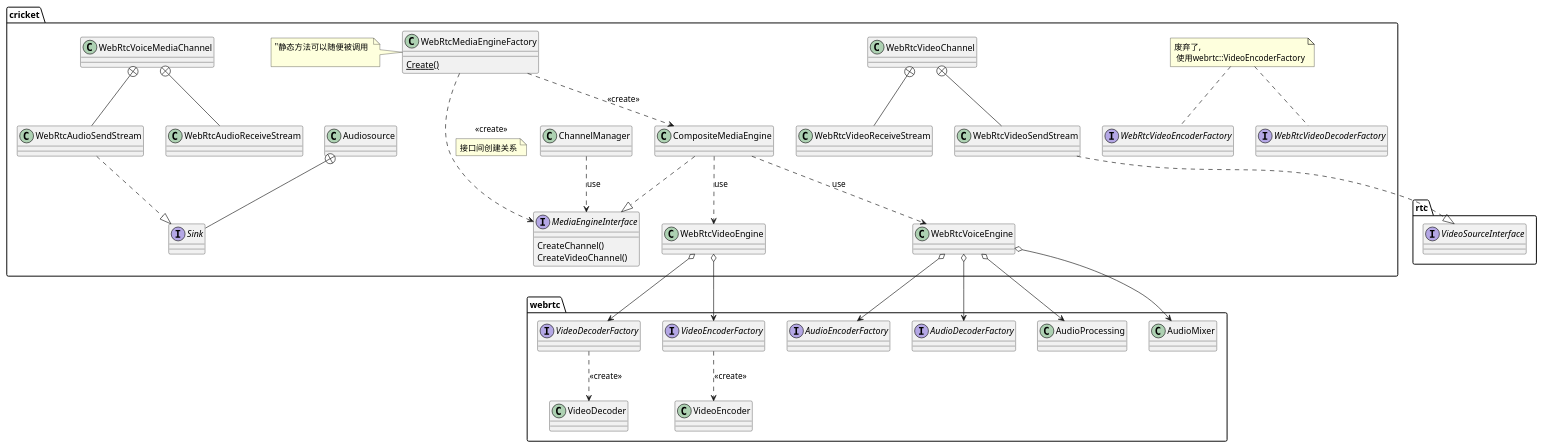
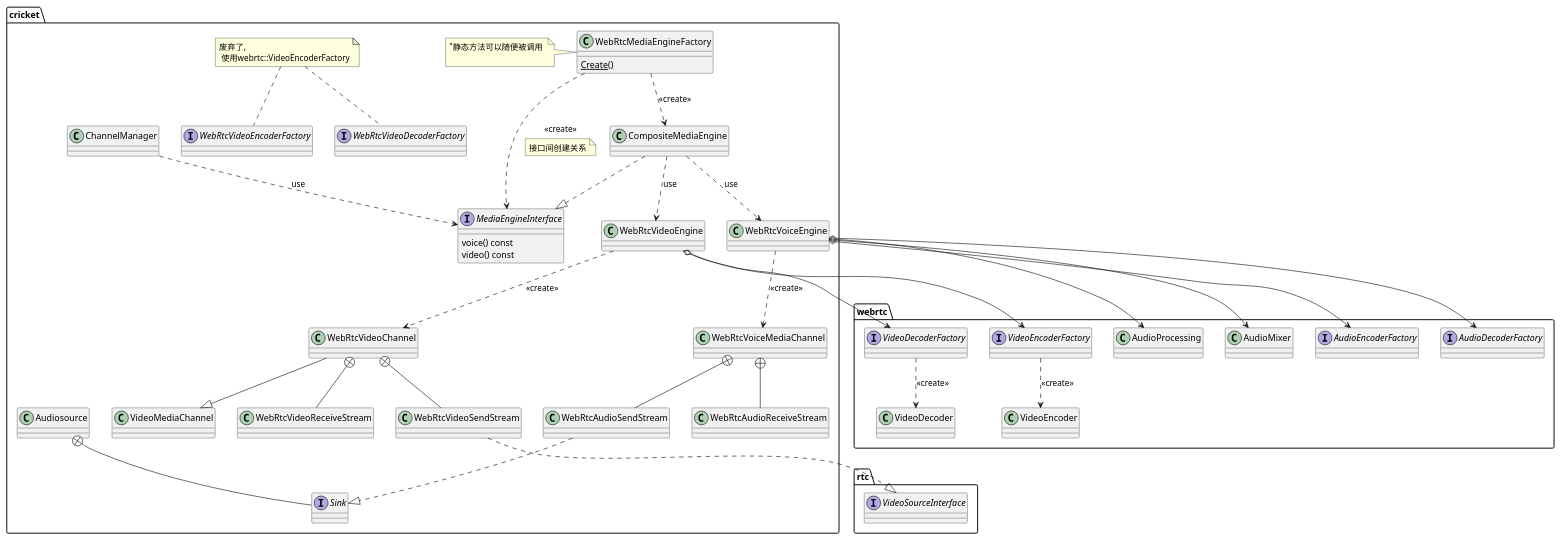
One commit to mingxin505/webrtcNote changed the first of 3 diagrams in webrtc_chrome/mediaEngine.md. Above: the diagram before and after it, drawn with PlantUML. The commit also changed other lines of this file and 1 other file, not shown here.

Commit message:
del useless

````diff
--- a/webrtc_chrome/mediaEngine.md
+++ b/webrtc_chrome/mediaEngine.md
@@ -3,64 +3,66 @@
 ```plantuml
 package webrtc {
     interface AudioEncoderFactory
     interface AudioDecoderFactory
     interface VideoEncoderFactory
     interface VideoDecoderFactory
     class AudioProcessing {
 
     }
     class AudioMixer
     
     VideoEncoderFactory ..> VideoEncoder : << create>>
     VideoDecoderFactory ..> VideoDecoder : << create>>
 
 }
 package rtc {
     interface VideoSourceInterface
 }
 package cricket {
     note  ”废弃了,\n 使用webrtc::VideoEncoderFactory“ as N1
     interface WebRtcVideoEncoderFactory
     interface WebRtcVideoDecoderFactory
     N1 .. WebRtcVideoDecoderFactory
     N1 .. WebRtcVideoEncoderFactory
 
     interface Sink
     interface MediaEngineInterface {
-        CreateChannel()
-        CreateVideoChannel()
+        voice() const 
+        video() const
     }
     class ChannelManager
     class WebRtcMediaEngineFactory {
         {static} Create()
     }
     note left: "静态方法可以随便被调用 \n  
     
     ChannelManager ..> MediaEngineInterface : use
     CompositeMediaEngine ..|> MediaEngineInterface
     CompositeMediaEngine ..> WebRtcVoiceEngine : use
     CompositeMediaEngine ..> WebRtcVideoEngine : use
     WebRtcMediaEngineFactory ..> MediaEngineInterface : <<create>> 
     note on link: 接口间创建关系
     WebRtcMediaEngineFactory ..> CompositeMediaEngine : <<create>>
 
-
+    WebRtcVideoEngine ..> WebRtcVideoChannel : <<create>>
     WebRtcVideoEngine o-> VideoDecoderFactory
     WebRtcVideoEngine o-> VideoEncoderFactory
 
+
+    WebRtcVoiceEngine ..> WebRtcVoiceMediaChannel : <<create>>
     WebRtcVoiceEngine o--> AudioDecoderFactory
     WebRtcVoiceEngine o--> AudioEncoderFactory
     WebRtcVoiceEngine o--> AudioMixer
     WebRtcVoiceEngine o--> AudioProcessing
 
-    
+    WebRtcVideoChannel --|> VideoMediaChannel
     WebRtcVideoChannel +-- WebRtcVideoReceiveStream
     WebRtcVideoChannel +-- WebRtcVideoSendStream
     WebRtcVideoSendStream ..|> rtc.VideoSourceInterface
 
     WebRtcVoiceMediaChannel +-- WebRtcAudioReceiveStream
     WebRtcVoiceMediaChannel +-- WebRtcAudioSendStream
     WebRtcAudioSendStream ..|> Sink
     Audiosource +-- Sink
 } 
 ```
````
